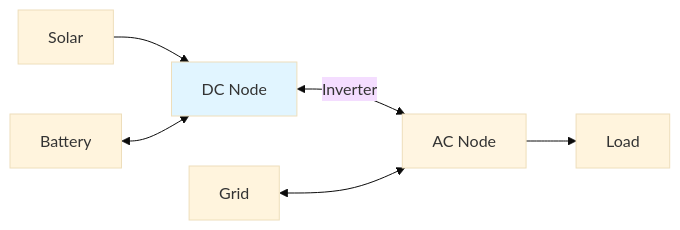
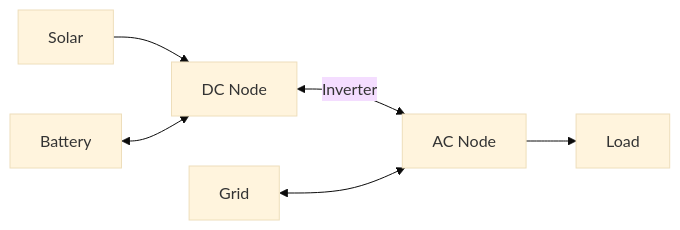
One commit to Chance-Konstruktion/haeo changed the second of 3 diagrams in docs/user-guide/elements/node.md. Above: the diagram before and after it, drawn with Mermaid (base theme). The commit also changed other lines of this file and 52 other files, not shown here.

````diff
--- a/docs/user-guide/elements/node.md
+++ b/docs/user-guide/elements/node.md
@@ -44,11 +51,11 @@
 ```mermaid
 graph LR
     Solar-->DC[DC Node]
     Battery<-->DC
     DC<-->|Inverter|AC[AC Node]
     Grid<-->AC
     AC-->Load
 
-    style DC fill:#E1F5FF
-    style AC fill:#FFF5E1
+    class DC dc
+    class AC ac
 ```
````
